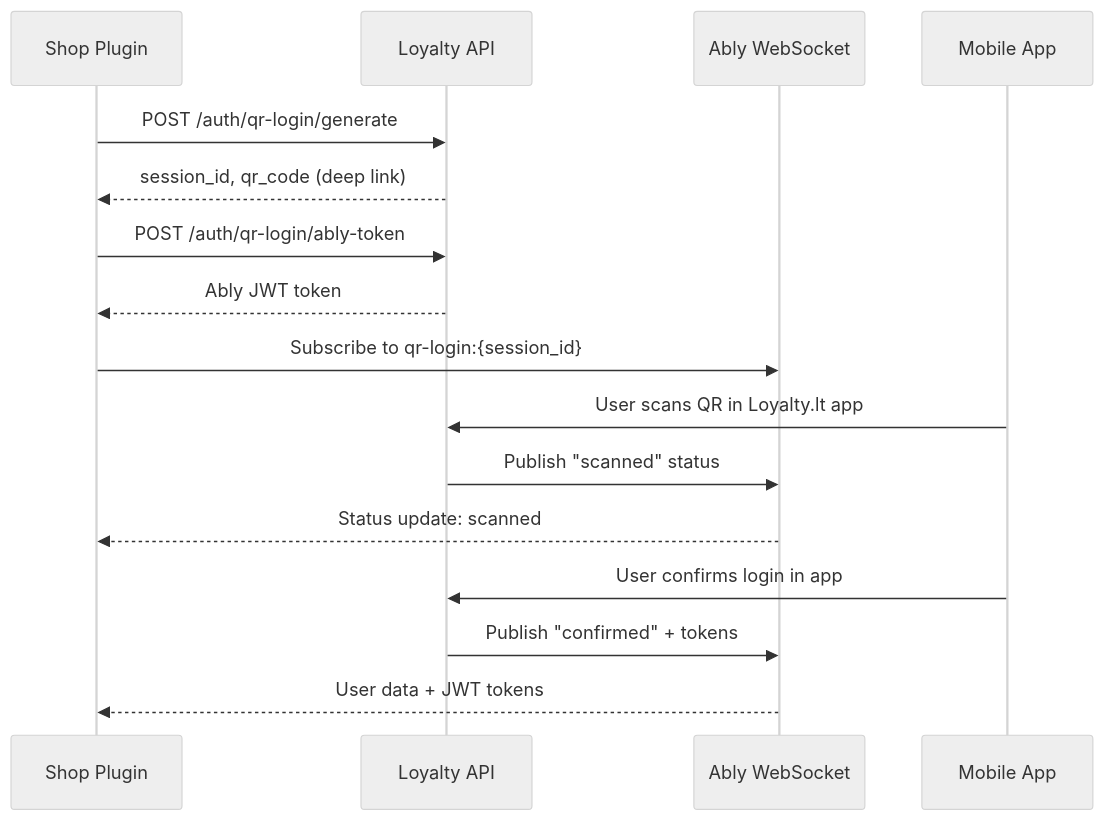
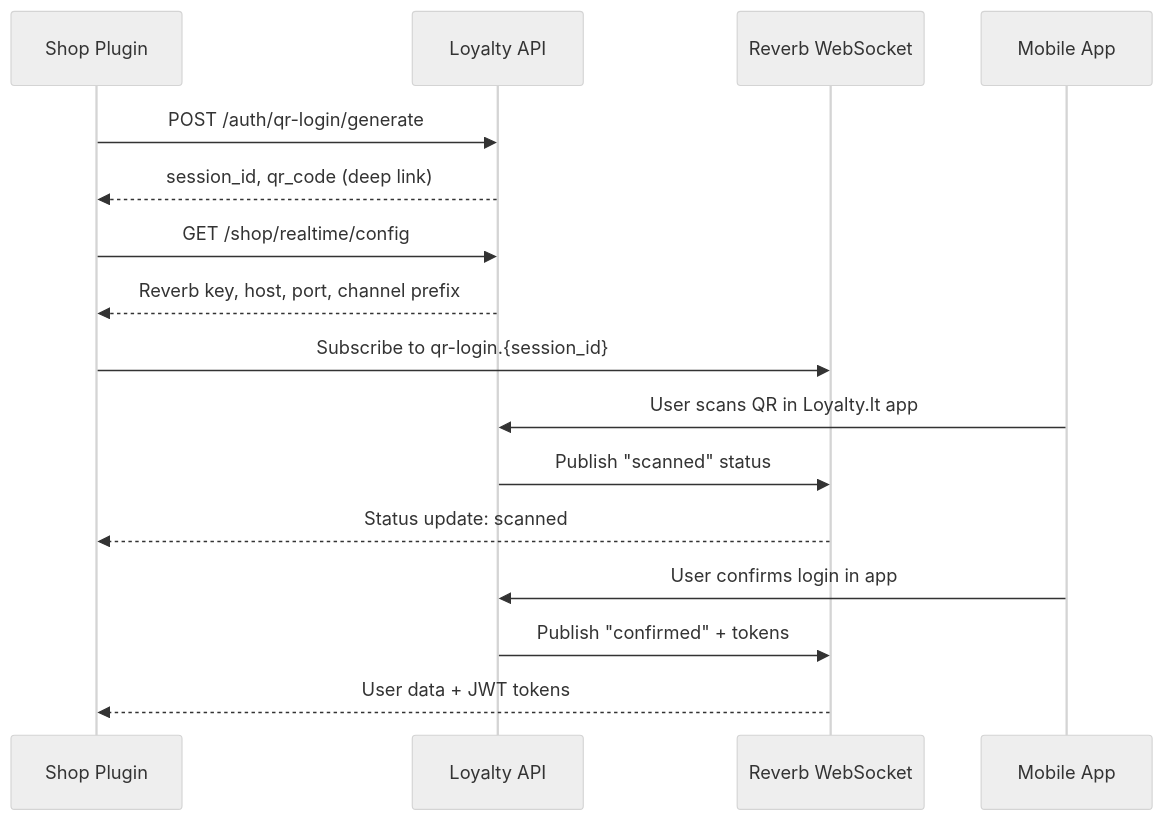
One commit to Loyalty-lt/docs changed the diagram in api-reference/endpoints/shop/auth/qr-login.mdx. Above: the diagram before and after it, drawn with Mermaid (neutral theme). The commit also changed other lines of this file and 16 other files, not shown here.

First line of the commit message:
docs: document Laravel Reverb realtime, drop Ably

````diff
--- a/api-reference/endpoints/shop/auth/qr-login.mdx
+++ b/api-reference/endpoints/shop/auth/qr-login.mdx
@@ -17,21 +17,21 @@
 ```mermaid
 sequenceDiagram
     participant Web as Shop Plugin
     participant API as Loyalty API
-    participant Ably as Ably WebSocket
+    participant Reverb as Reverb WebSocket
     participant App as Mobile App
     
     Web->>API: POST /auth/qr-login/generate
     API-->>Web: session_id, qr_code (deep link)
-    Web->>API: POST /auth/qr-login/ably-token
-    API-->>Web: Ably JWT token
-    Web->>Ably: Subscribe to qr-login:{session_id}
+    Web->>API: GET /shop/realtime/config
+    API-->>Web: Reverb key, host, port, channel prefix
+    Web->>Reverb: Subscribe to qr-login.{session_id}
     
     App->>API: User scans QR in Loyalty.lt app
-    API->>Ably: Publish "scanned" status
-    Ably-->>Web: Status update: scanned
+    API->>Reverb: Publish "scanned" status
+    Reverb-->>Web: Status update: scanned
     
     App->>API: User confirms login in app
-    API->>Ably: Publish "confirmed" + tokens
-    Ably-->>Web: User data + JWT tokens
+    API->>Reverb: Publish "confirmed" + tokens
+    Reverb-->>Web: User data + JWT tokens
 ```
````
